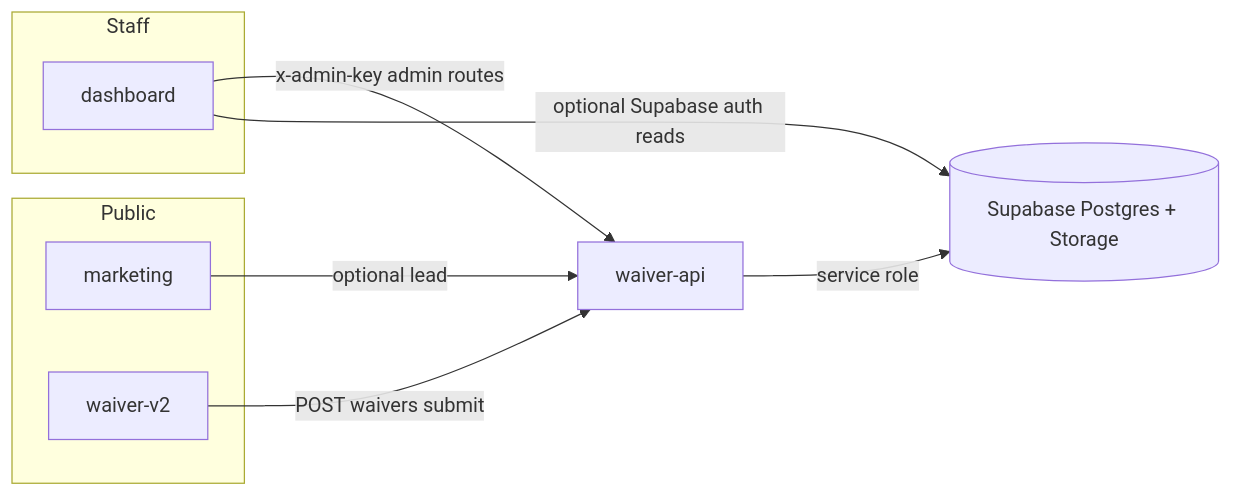
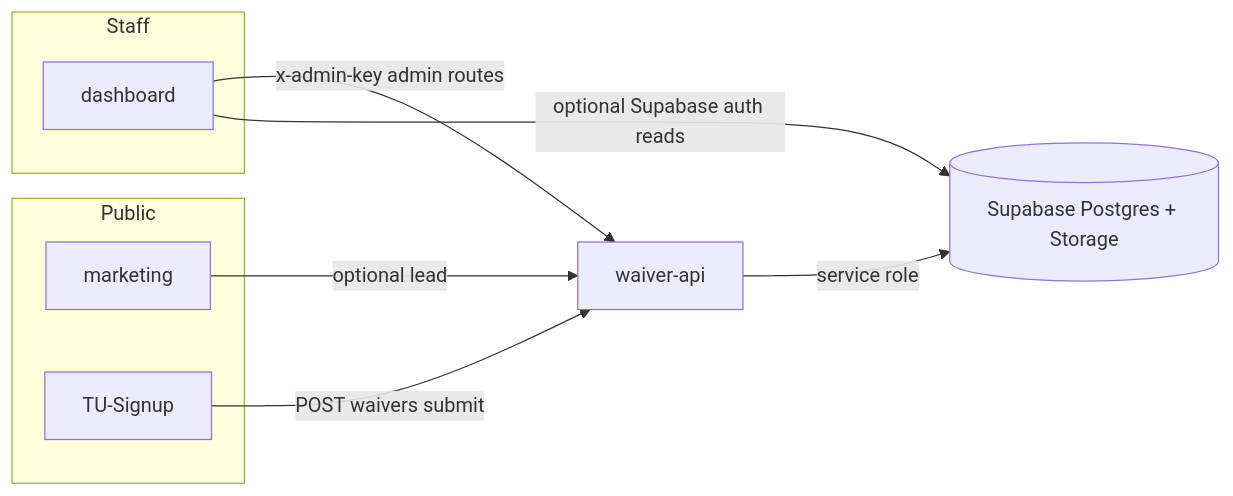
One commit to palthol/TU-api changed the diagram in docs/v1-v2-application-map.md. Above: the diagram before and after it, drawn with Mermaid. The commit also changed other lines of this file and 59 other files, not shown here.

````diff
--- a/docs/v1-v2-application-map.md
+++ b/docs/v1-v2-application-map.md
@@ -79,17 +79,17 @@
 ```mermaid
 flowchart LR
   subgraph public [Public]
     Marketing[marketing]
-    Waiver[waiver-v2]
+    Waiver[TU-Signup]
   end
   subgraph staff [Staff]
     Dashboard[dashboard]
   end
   API[waiver-api]
   DB[(Supabase Postgres + Storage)]
   Marketing -->|optional lead| API
   Waiver -->|POST waivers submit| API
   Dashboard -->|x-admin-key admin routes| API
   Dashboard -->|optional Supabase auth reads| DB
   API -->|service role| DB
 ```
````
